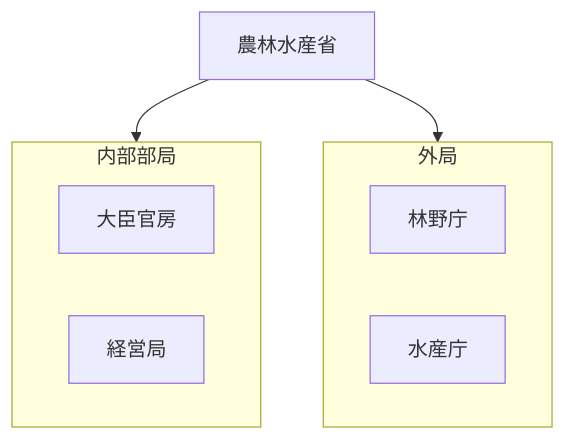
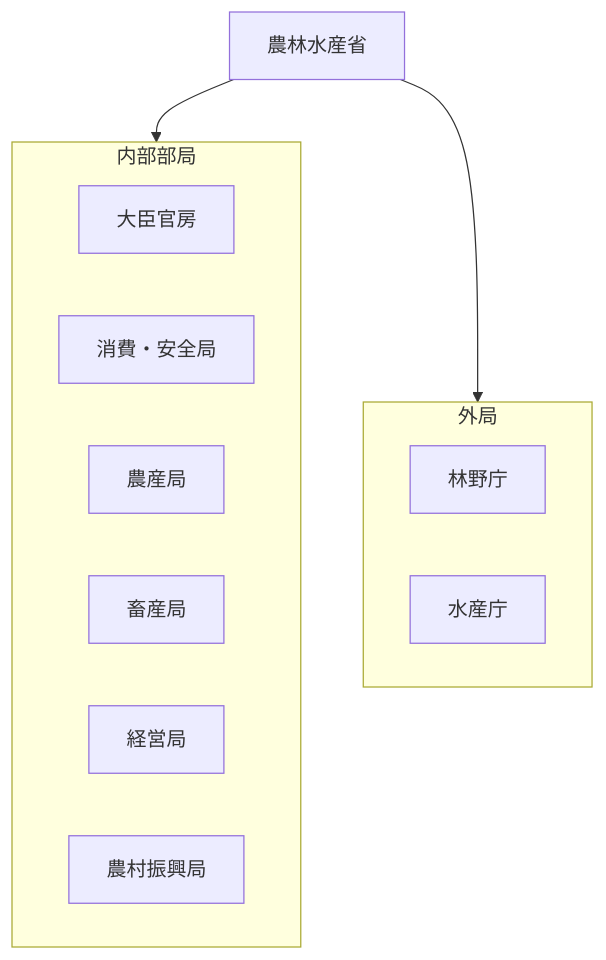
The diagram in 行政機構/農林水産省/README.md (tatemaru/jp-admin-org-chart), drawn with Mermaid before and after one commit. The commit also changed 12 other files, not shown here.

First line of the commit message:
chore(snapshot): 行政機構図 2025.8 に追従

````diff
--- a/行政機構/農林水産省/README.md
+++ b/行政機構/農林水産省/README.md
@@ -5,14 +5,18 @@
 ```mermaid
 flowchart TB
   root["農林水産省"]
   subgraph g0["内部部局"]
     n0_0["大臣官房"]
-    n0_1["経営局"]
+    n0_1["消費・安全局"]
+    n0_2["農産局"]
+    n0_3["畜産局"]
+    n0_4["経営局"]
+    n0_5["農村振興局"]
   end
   root --> g0
   subgraph g1["外局"]
     n1_0["林野庁"]
     n1_1["水産庁"]
   end
   root --> g1
 ```
````
